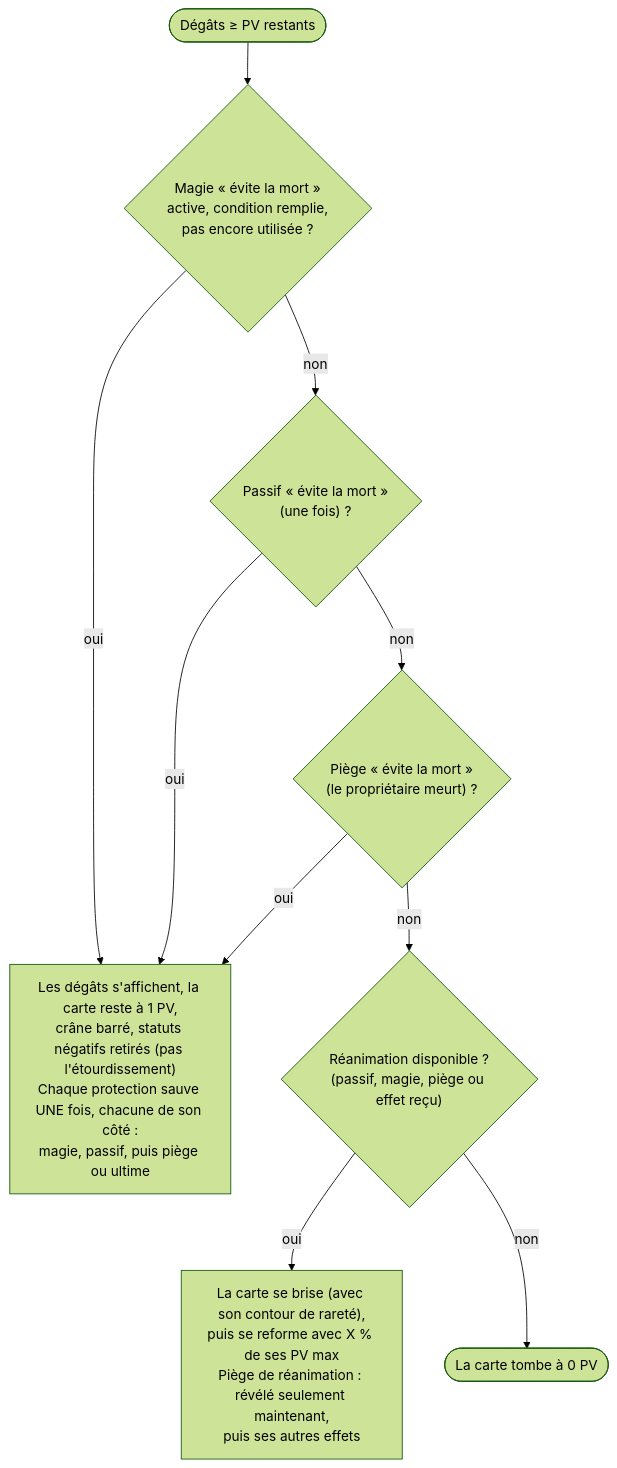
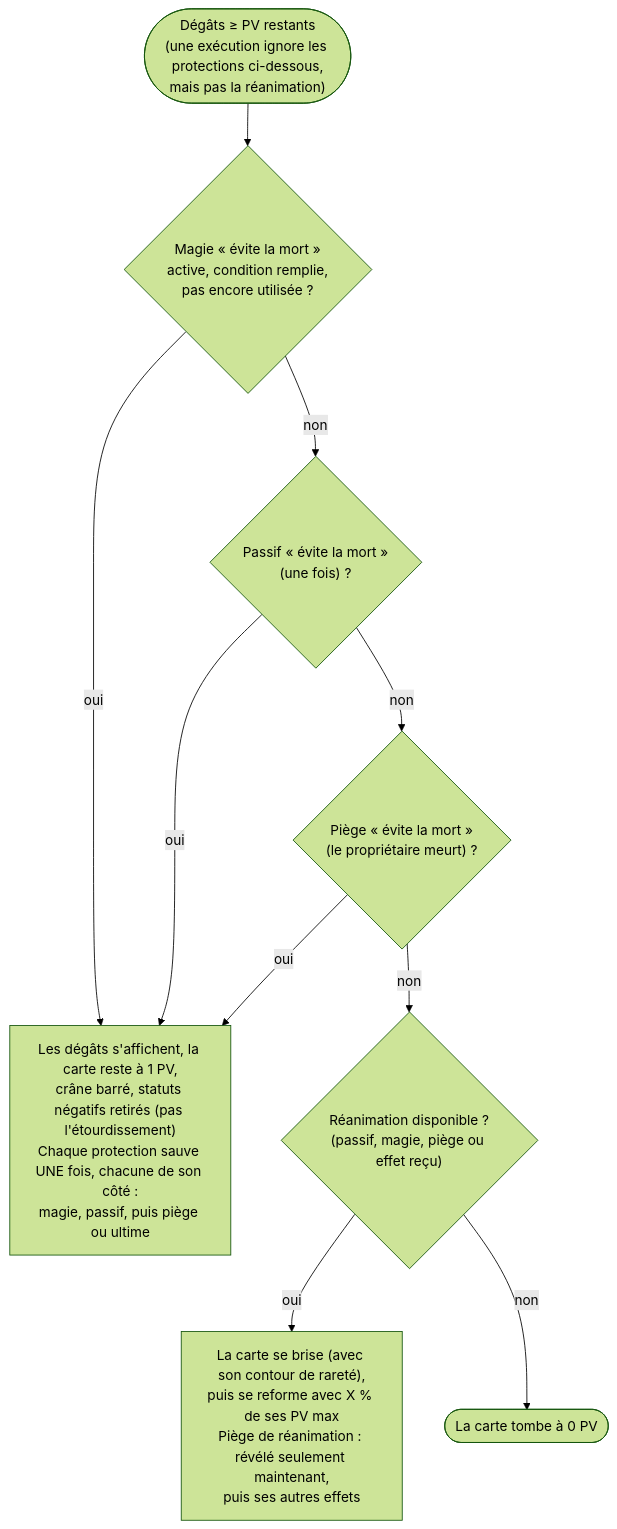
Before and after one commit to mowglitchblaat/forestcard: the fourth of 5 diagrams in docs/workflow-combat.md, drawn with Mermaid (forest theme). The commit also changed other lines of this file and 6 other files, not shown here.

First line of the commit message:
Nouvelle mécanique : Exécution (marques et lames, exécution sous X % de PV même avec évite la mort) + animations

````diff
--- a/docs/workflow-combat.md
+++ b/docs/workflow-combat.md
@@ -67,12 +67,12 @@
 ```mermaid
 flowchart TD
-  K0(["Dégâts ≥ PV restants"]) --> K1{"Magie « évite la mort »<br/>active, condition remplie,<br/>pas encore utilisée ?"}
+  K0(["Dégâts ≥ PV restants<br/>(une exécution ignore les protections ci-dessous,<br/>mais pas la réanimation)"]) --> K1{"Magie « évite la mort »<br/>active, condition remplie,<br/>pas encore utilisée ?"}
   K1 -- oui --> KE["Les dégâts s'affichent, la carte reste à 1 PV,<br/>crâne barré, statuts négatifs retirés (pas l'étourdissement)<br/>Chaque protection sauve UNE fois, chacune de son côté :<br/>magie, passif, puis piège ou ultime"]
   K1 -- non --> K2{"Passif « évite la mort »<br/>(une fois) ?"}
   K2 -- oui --> KE
   K2 -- non --> K3{"Piège « évite la mort »<br/>(le propriétaire meurt) ?"}
   K3 -- oui --> KE
   K3 -- non --> K4{"Réanimation disponible ?<br/>(passif, magie, piège ou effet reçu)"}
   K4 -- oui --> KR["La carte se brise (avec son contour de rareté),<br/>puis se reforme avec X % de ses PV max<br/>Piège de réanimation : révélé seulement maintenant,<br/>puis ses autres effets"]
   K4 -- non --> KM(["La carte tombe à 0 PV"])
 ```
````
